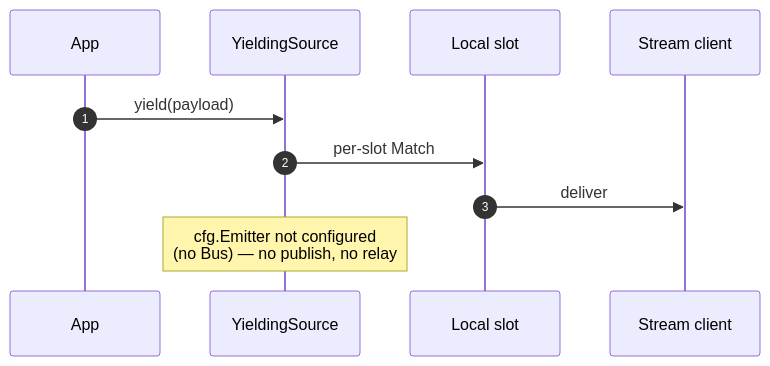
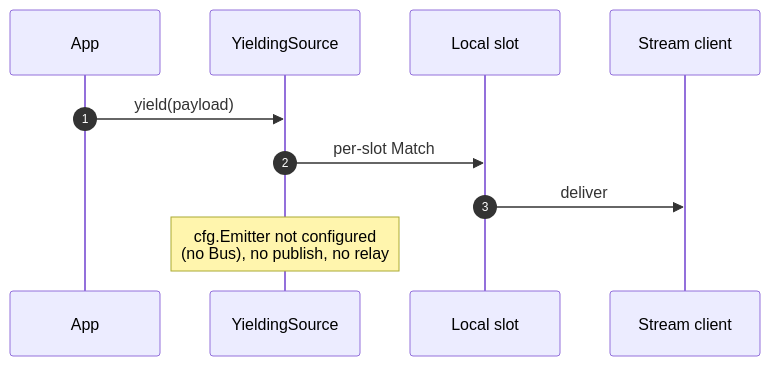
One commit to panyam/mcpkit changed diagram 17 of 22 in docs/MULTI_REPLICA.md. Above: the diagram before and after it, drawn with Mermaid. The commit also changed other lines of this file and 13 other files, not shown here.

````diff
--- a/docs/MULTI_REPLICA.md
+++ b/docs/MULTI_REPLICA.md
@@ -643,13 +643,13 @@
 ```mermaid
 sequenceDiagram
     autonumber
     participant App as App
     participant Src as YieldingSource
     participant Slot as Local slot
     participant Cli as Stream client
 
     App->>Src: yield(payload)
     Src->>Slot: per-slot Match
     Slot->>Cli: deliver
-    Note over Src: cfg.Emitter not configured<br/>(no Bus) — no publish, no relay
+    Note over Src: cfg.Emitter not configured<br/>(no Bus), no publish, no relay
 ```
````
